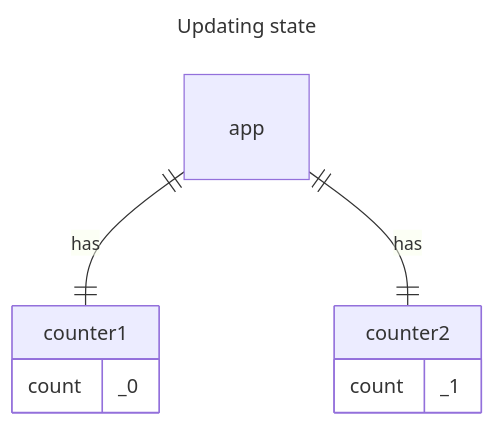
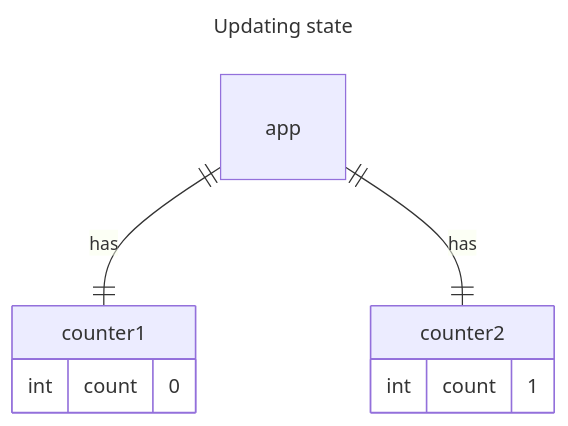
The second of 2 diagrams in plugins/ui/docs/managing-state/preserving-and-resetting-state.md (deephaven/deephaven-plugins), drawn with Mermaid before and after one commit. The commit also changed other lines of this file, not shown here.

````diff
--- a/plugins/ui/docs/managing-state/preserving-and-resetting-state.md
+++ b/plugins/ui/docs/managing-state/preserving-and-resetting-state.md
@@ -58,14 +58,14 @@
 ```mermaid
 ---
 title: Updating state
 ---
 erDiagram
   app ||--|| counter1 : has
   app ||--|| counter2 : has
   counter1 {
-    count _0
+    int count "0"
   }
   counter2 {
-    count _1
+    int count "1"
   }
 ```
````
